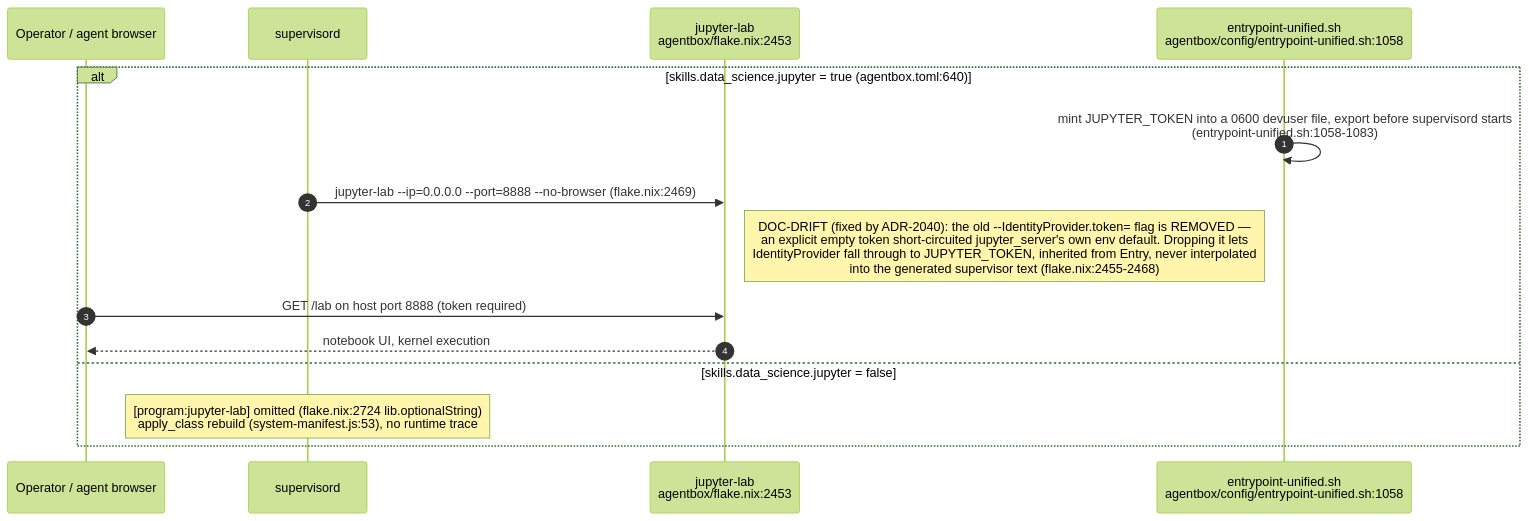
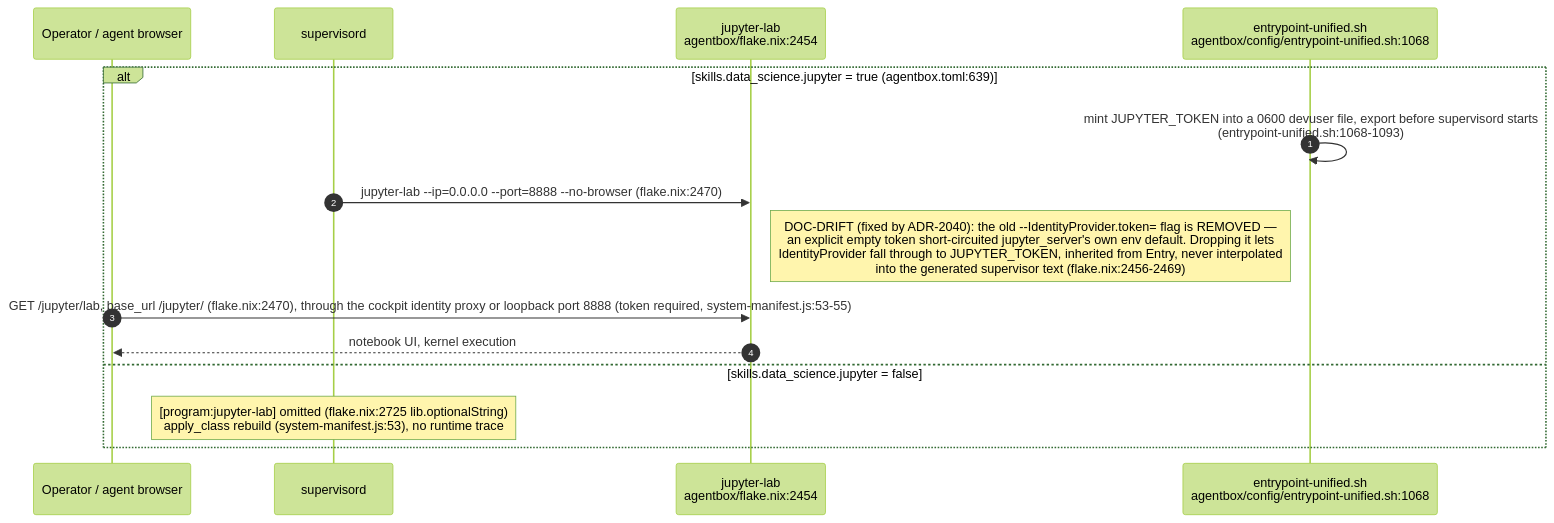
Before and after one commit to DreamLab-AI/VisionFlow: the fifth of 14 diagrams in docs/diagrams/agentbox/27-media-gpu-capability-services.md, drawn with Mermaid (forest theme). The commit also changed other lines of this file and 173 other files, not shown here.

````diff
--- a/docs/diagrams/agentbox/27-media-gpu-capability-services.md
+++ b/docs/diagrams/agentbox/27-media-gpu-capability-services.md
@@ -192,18 +192,18 @@
 ```mermaid
 sequenceDiagram
     autonumber
     participant Op as Operator / agent browser
     participant Sup as supervisord
-    participant Lab as jupyter-lab<br/>agentbox/flake.nix:2453
-    participant Entry as entrypoint-unified.sh<br/>agentbox/config/entrypoint-unified.sh:1058
+    participant Lab as jupyter-lab<br/>agentbox/flake.nix:2454
+    participant Entry as entrypoint-unified.sh<br/>agentbox/config/entrypoint-unified.sh:1068
 
-    alt skills.data_science.jupyter = true (agentbox.toml:640)
-        Entry->>Entry: mint JUPYTER_TOKEN into a 0600 devuser file, export before supervisord starts<br/>(entrypoint-unified.sh:1058-1083)
-        Sup->>Lab: jupyter-lab --ip=0.0.0.0 --port=8888 --no-browser (flake.nix:2469)
-        Note right of Lab: DOC-DRIFT (fixed by ADR-2040): the old --IdentityProvider.token= flag is REMOVED —<br/>an explicit empty token short-circuited jupyter_server's own env default. Dropping it lets<br/>IdentityProvider fall through to JUPYTER_TOKEN, inherited from Entry, never interpolated<br/>into the generated supervisor text (flake.nix:2455-2468)
-        Op->>Lab: GET /lab on host port 8888 (token required)
+    alt skills.data_science.jupyter = true (agentbox.toml:639)
+        Entry->>Entry: mint JUPYTER_TOKEN into a 0600 devuser file, export before supervisord starts<br/>(entrypoint-unified.sh:1068-1093)
+        Sup->>Lab: jupyter-lab --ip=0.0.0.0 --port=8888 --no-browser (flake.nix:2470)
+        Note right of Lab: DOC-DRIFT (fixed by ADR-2040): the old --IdentityProvider.token= flag is REMOVED —<br/>an explicit empty token short-circuited jupyter_server's own env default. Dropping it lets<br/>IdentityProvider fall through to JUPYTER_TOKEN, inherited from Entry, never interpolated<br/>into the generated supervisor text (flake.nix:2456-2469)
+        Op->>Lab: GET /jupyter/lab, base_url /jupyter/ (flake.nix:2470), through the cockpit identity proxy or loopback port 8888 (token required, system-manifest.js:53-55)
         Lab-->>Op: notebook UI, kernel execution
     else skills.data_science.jupyter = false
-        Note over Sup: [program:jupyter-lab] omitted (flake.nix:2724 lib.optionalString)<br/>apply_class rebuild (system-manifest.js:53), no runtime trace
+        Note over Sup: [program:jupyter-lab] omitted (flake.nix:2725 lib.optionalString)<br/>apply_class rebuild (system-manifest.js:53), no runtime trace
     end
 ```
````
